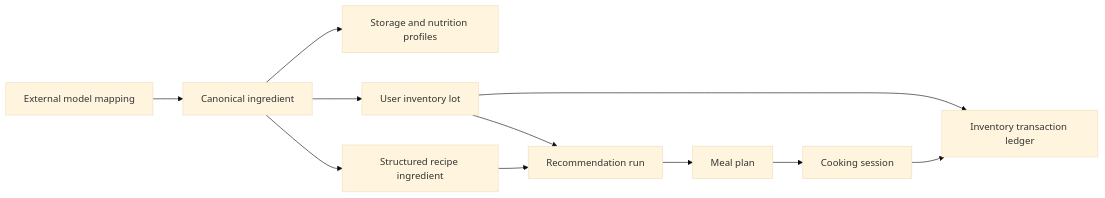
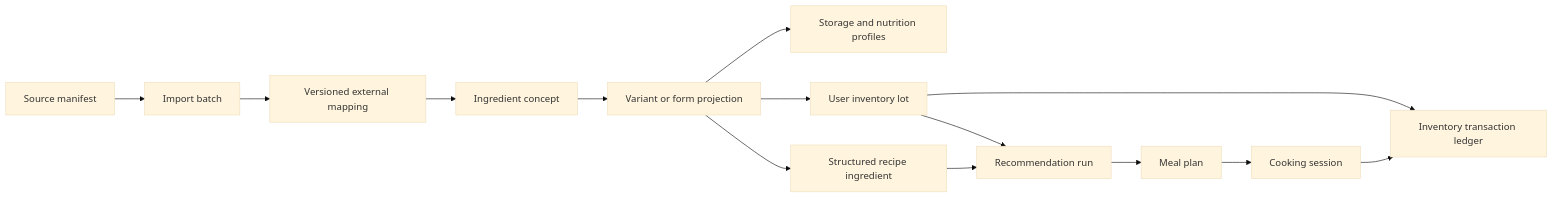
The diagram in database/README.md (HannahHan1625/Miiix), drawn with Mermaid (base theme) before and after one commit. The commit also changed other lines of this file and 42 other files, not shown here.

Commit message:
Release v0.4.2.1 source ingestion and ingredient forms

````diff
--- a/database/README.md
+++ b/database/README.md
@@ -26,13 +27,16 @@
 ```mermaid
 flowchart LR
-    A[Canonical ingredient] --> B[Storage and nutrition profiles]
-    A --> C[User inventory lot]
-    C --> D[Inventory transaction ledger]
-    A --> E[Structured recipe ingredient]
-    F[External model mapping] --> A
-    C --> G[Recommendation run]
-    E --> G
-    G --> H[Meal plan]
-    H --> I[Cooking session]
-    I --> D
+    A[Ingredient concept] --> B[Variant or form projection]
+    B --> C[Storage and nutrition profiles]
+    B --> D[User inventory lot]
+    D --> E[Inventory transaction ledger]
+    B --> F[Structured recipe ingredient]
+    G[Versioned external mapping] --> A
+    H[Source manifest] --> I[Import batch]
+    I --> G
+    D --> J[Recommendation run]
+    F --> J
+    J --> K[Meal plan]
+    K --> L[Cooking session]
+    L --> E
 ```
````
